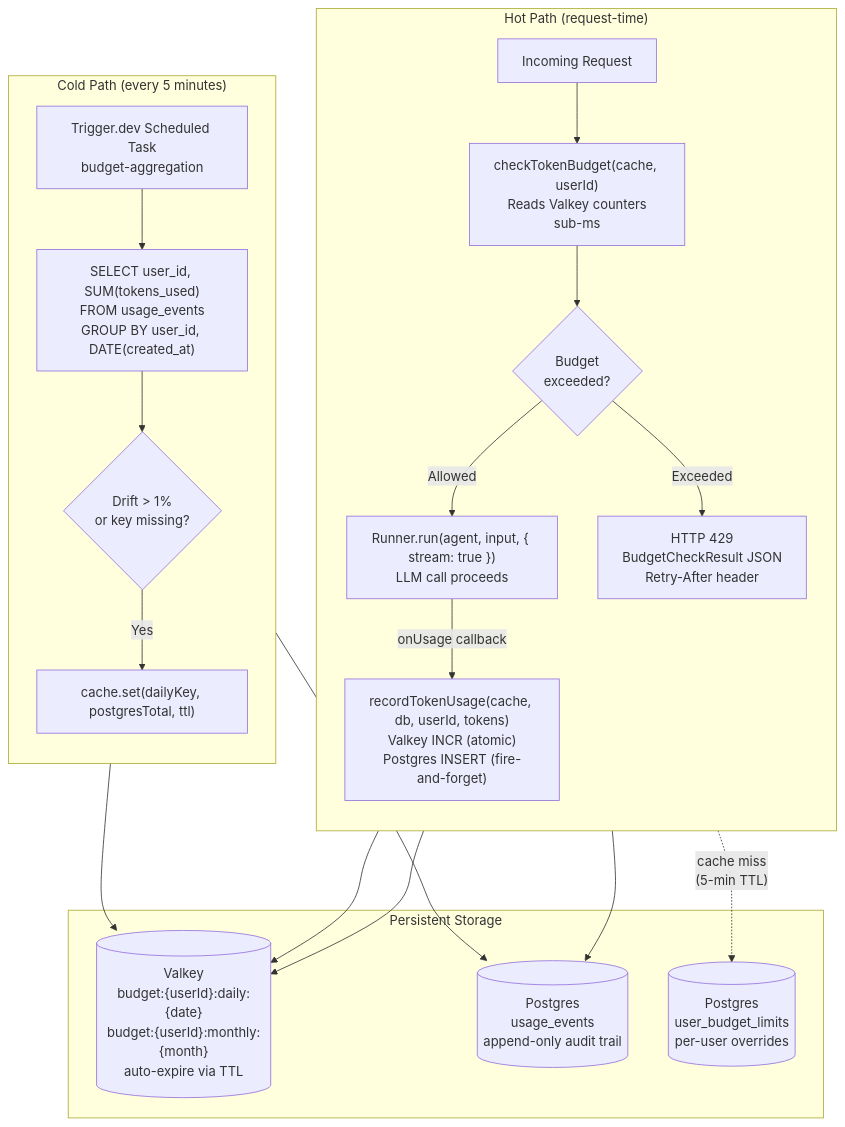
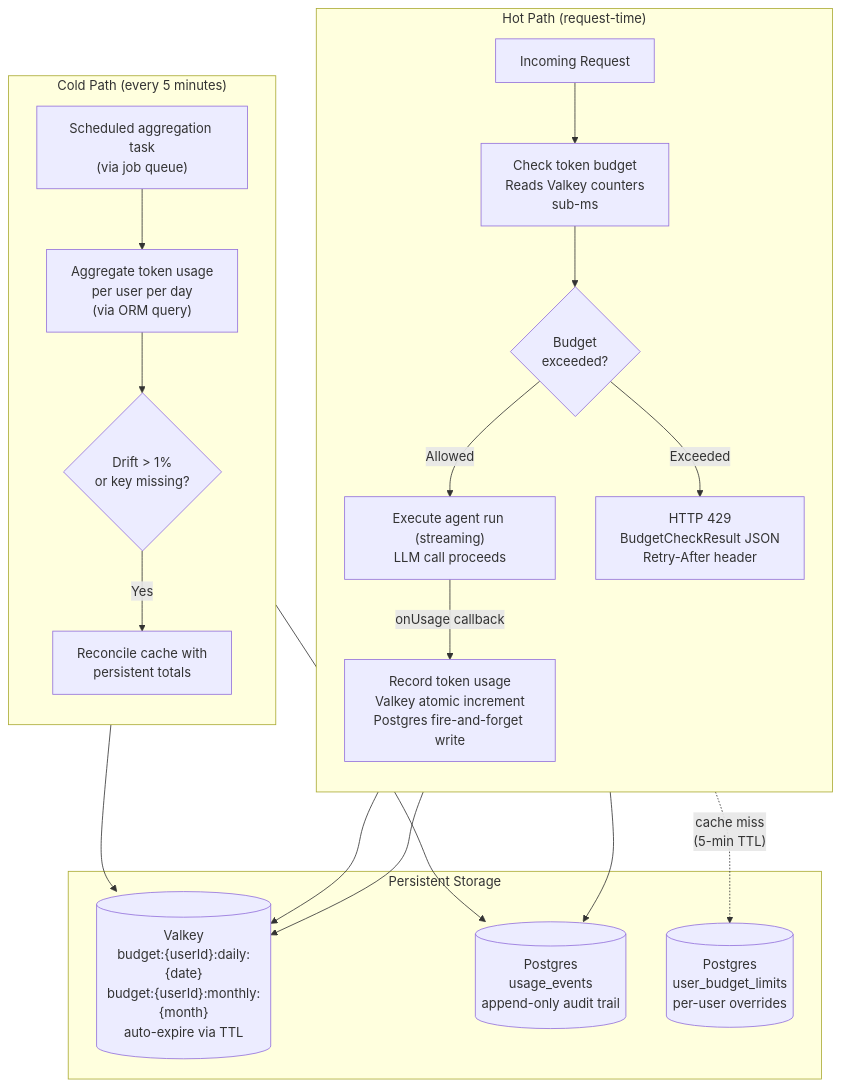
The seventh of 18 diagrams in plan/15-infrastructure.md (1qh/safeagent), drawn with Mermaid before and after one commit. The commit also changed other lines of this file and 8 other files, not shown here.

Commit message:
fix remaining SQL in Mermaid, function signatures, version references across plan files

````diff
--- a/plan/15-infrastructure.md
+++ b/plan/15-infrastructure.md
@@ -263,38 +263,38 @@
 ```mermaid
 flowchart TB
     subgraph HOT_PATH["Hot Path (request-time)"]
         direction TB
         INCOMING_REQUEST["Incoming Request"]
-        BUDGET_CHECK_STEP["checkTokenBudget(cache, userId)\nReads Valkey counters\nsub-ms"]
+        BUDGET_CHECK_STEP["Check token budget\nReads Valkey counters\nsub-ms"]
         BUDGET_GATE{"Budget\nexceeded?"}
-        STREAM_EXECUTION["Runner.run(agent, input, { stream: true })\nLLM call proceeds"]
-        TOKEN_RECORD_STEP["recordTokenUsage(cache, db, userId, tokens)\nValkey INCR (atomic)\nPostgres INSERT (fire-and-forget)"]
+        STREAM_EXECUTION["Execute agent run (streaming)\nLLM call proceeds"]
+        TOKEN_RECORD_STEP["Record token usage\nValkey atomic increment\nPostgres fire-and-forget write"]
         BUDGET_REJECT["HTTP 429\nBudgetCheckResult JSON\nRetry-After header"]
         INCOMING_REQUEST --> BUDGET_CHECK_STEP
         BUDGET_CHECK_STEP --> BUDGET_GATE
         BUDGET_GATE -->|Allowed| STREAM_EXECUTION
         BUDGET_GATE -->|Exceeded| BUDGET_REJECT
         STREAM_EXECUTION -->|onUsage callback| TOKEN_RECORD_STEP
     end
     subgraph COLD_PATH["Cold Path (every 5 minutes)"]
         direction TB
-        SCHEDULED_AGG_TASK["Trigger.dev Scheduled Task\nbudget-aggregation"]
-        AGGREGATION_QUERY["SELECT user_id, SUM(tokens_used)\nFROM usage_events\nGROUP BY user_id, DATE(created_at)"]
+        SCHEDULED_AGG_TASK["Scheduled aggregation task\n(via job queue)"]
+        AGGREGATION_QUERY["Aggregate token usage\nper user per day\n(via ORM query)"]
         DRIFT_CHECK{"Drift > 1%\nor key missing?"}
-        RECONCILE_STEP["cache.set(dailyKey, postgresTotal, ttl)"]
+        RECONCILE_STEP["Reconcile cache with\npersistent totals"]
         SCHEDULED_AGG_TASK --> AGGREGATION_QUERY
         AGGREGATION_QUERY --> DRIFT_CHECK
         DRIFT_CHECK -->|Yes| RECONCILE_STEP
     end
     subgraph PERSISTENT_STORAGE["Persistent Storage"]
         VALKEY_COUNTER_STORE[("Valkey\nbudget:{userId}:daily:{date}\nbudget:{userId}:monthly:{month}\nauto-expire via TTL")]
         USAGE_EVENTS_STORE[("Postgres\nusage_events\nappend-only audit trail")]
         USER_LIMITS_STORE[("Postgres\nuser_budget_limits\nper-user overrides")]
     end
     BUDGET_CHECK_STEP --> VALKEY_COUNTER_STORE
     TOKEN_RECORD_STEP --> VALKEY_COUNTER_STORE
     TOKEN_RECORD_STEP --> USAGE_EVENTS_STORE
     AGGREGATION_QUERY --> USAGE_EVENTS_STORE
     BUDGET_CHECK_STEP -.->|"cache miss\n(5-min TTL)"| USER_LIMITS_STORE
     RECONCILE_STEP --> VALKEY_COUNTER_STORE
 ```
````
